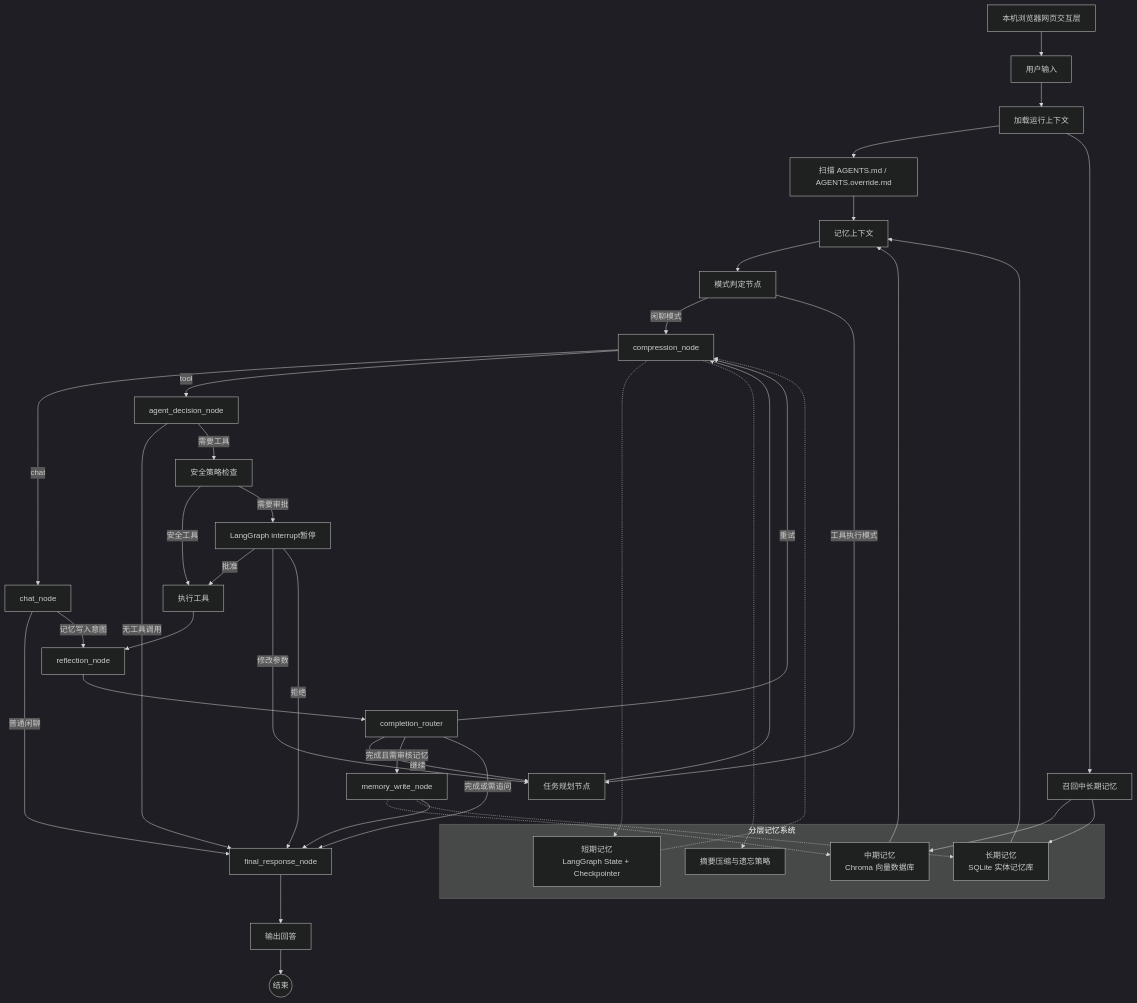
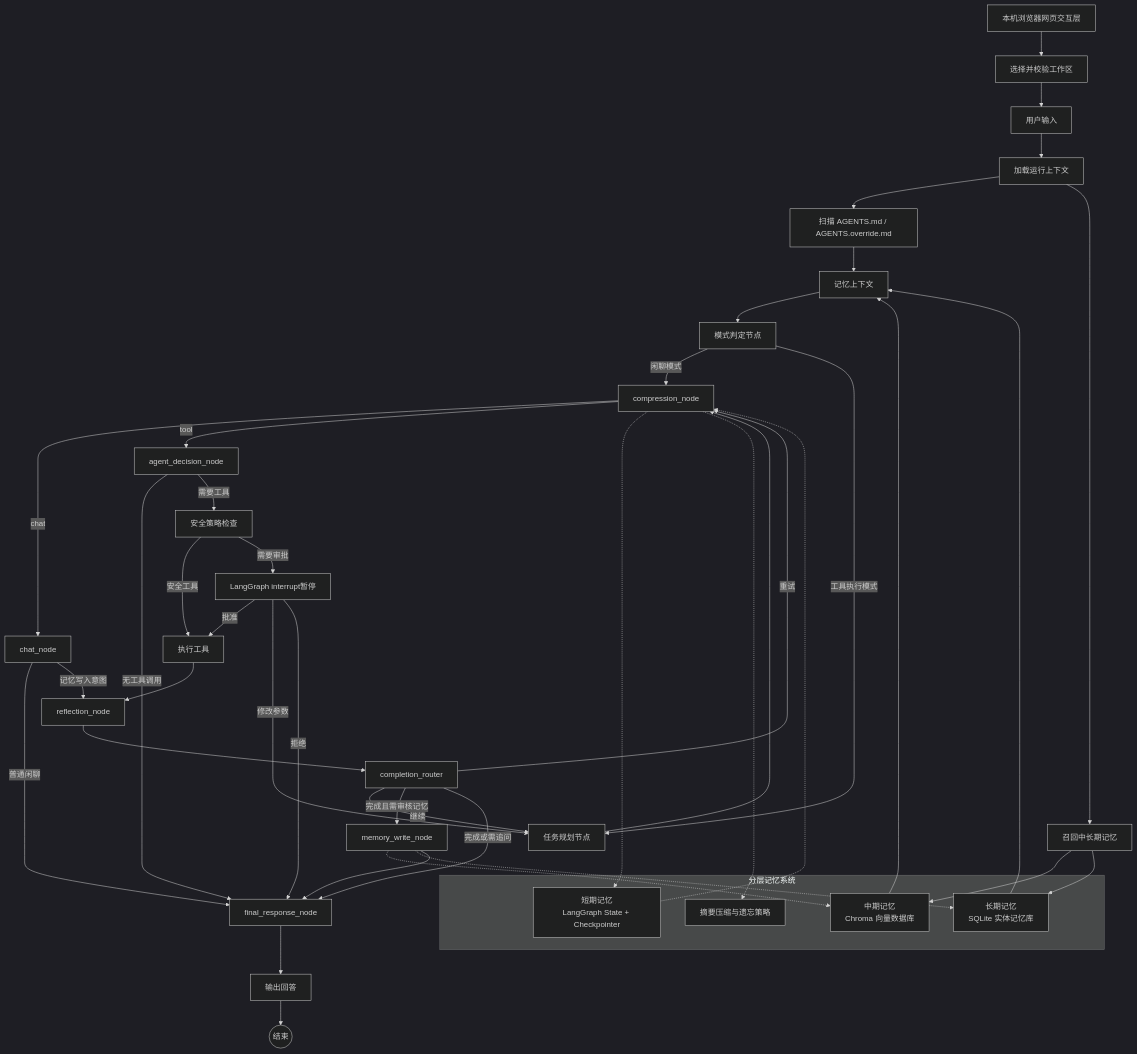
The diagram in ARCHITECTURE.md (LaoTouAiLe/chaiai), drawn with Mermaid (dark theme) before and after one commit. The commit also changed other lines of this file and 17 other files, not shown here.

````diff
--- a/ARCHITECTURE.md
+++ b/ARCHITECTURE.md
@@ -31,58 +31,59 @@
 ```mermaid
 flowchart TD
-    WEB[本机浏览器网页交互层] --> INPUT[用户输入]
+    WEB[本机浏览器网页交互层] --> WORKSPACE[选择并校验工作区]
+    WORKSPACE --> INPUT[用户输入]
     INPUT --> CONTEXT[加载运行上下文]
 
     CONTEXT --> AGENTS[扫描 AGENTS.md / AGENTS.override.md]
     CONTEXT --> RECALL[召回中长期记忆]
 
     subgraph Memory[分层记忆系统]
         ST[短期记忆\nLangGraph State + Checkpointer]
         MT[中期记忆\nChroma 向量数据库]
         LT[长期记忆\nSQLite 实体记忆库]
         SUM[摘要压缩与遗忘策略]
     end
 
     RECALL --> MT
     RECALL --> LT
     MT --> PROMPTCTX[记忆上下文]
     LT --> PROMPTCTX
     AGENTS --> PROMPTCTX
 
     PROMPTCTX --> ROUTER[模式判定节点]
 
     ROUTER -->|闲聊模式| COMPRESS[compression_node]
     ROUTER -->|工具执行模式| PLAN[任务规划节点]
     PLAN --> COMPRESS
     COMPRESS -->|chat| CHAT[chat_node]
     COMPRESS -->|tool| DECIDE[agent_decision_node]
     CHAT -->|普通闲聊| ANSWER[final_response_node]
     CHAT -->|记忆写入意图| REFLECT[reflection_node]
 
     DECIDE -->|无工具调用| ANSWER
     DECIDE -->|需要工具| SAFETY[安全策略检查]
 
     SAFETY -->|安全工具| TOOL[执行工具]
     SAFETY -->|需要审批| INTERRUPT[LangGraph interrupt暂停]
     INTERRUPT -->|批准| TOOL
     INTERRUPT -->|修改参数| PLAN
     INTERRUPT -->|拒绝| ANSWER
 
     TOOL --> REFLECT
     REFLECT --> COMPLETE[completion_router]
     COMPLETE -->|继续| PLAN
     COMPLETE -->|重试| COMPRESS
     COMPLETE -->|完成且需审核记忆| MEMORY_WRITE[memory_write_node]
     COMPLETE -->|完成或需追问| ANSWER
 
     MEMORY_WRITE -.-> MT
     MEMORY_WRITE -.-> LT
     MEMORY_WRITE --> ANSWER
 
     ST -.-> COMPRESS
     COMPRESS -.-> ST
     COMPRESS -.-> SUM
 
     ANSWER --> RESPONSE[输出回答]
     RESPONSE --> END((结束))
 ```
````
